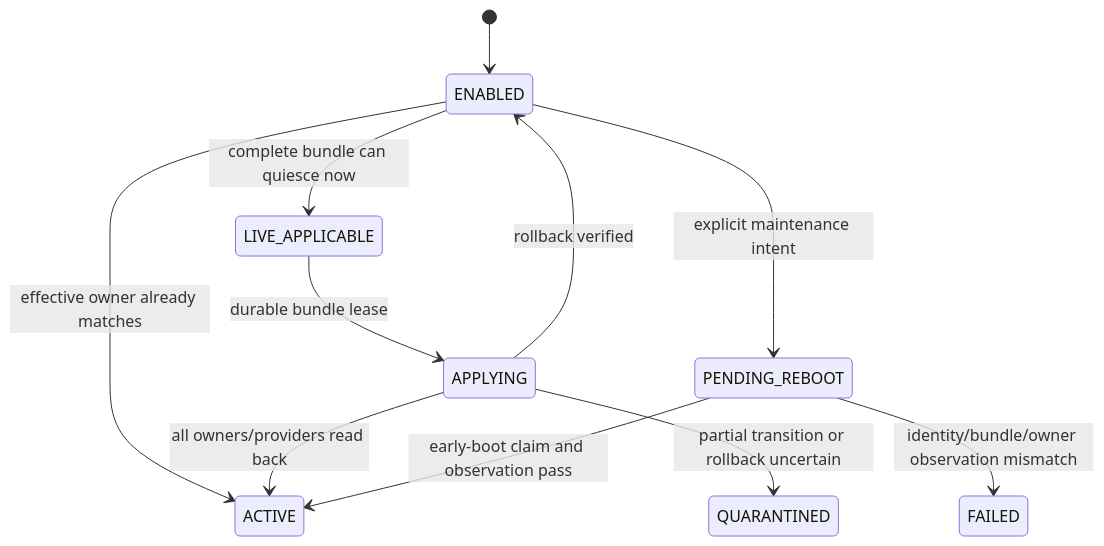
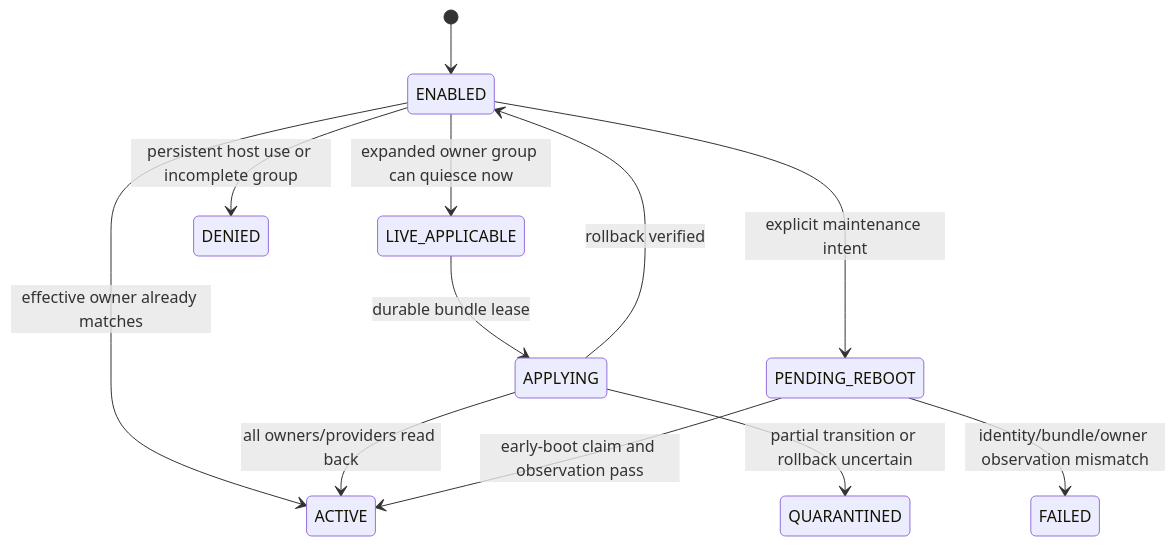
The seventh of 10 diagrams in qman-directpath-implementation-blueprint.md (JoJoJoinme/pci-mmio-notes), drawn with Mermaid before and after one commit. The commit also changed other lines of this file and 19 other files, not shown here.

````diff
--- a/qman-directpath-implementation-blueprint.md
+++ b/qman-directpath-implementation-blueprint.md
@@ -779,13 +828,14 @@
 ```mermaid
 stateDiagram-v2
     [*] --> ENABLED
     ENABLED --> ACTIVE: effective owner already matches
-    ENABLED --> LIVE_APPLICABLE: complete bundle can quiesce now
+    ENABLED --> LIVE_APPLICABLE: expanded owner group can quiesce now
     ENABLED --> PENDING_REBOOT: explicit maintenance intent
+    ENABLED --> DENIED: persistent host use or incomplete group
     LIVE_APPLICABLE --> APPLYING: durable bundle lease
     APPLYING --> ACTIVE: all owners/providers read back
     APPLYING --> ENABLED: rollback verified
     APPLYING --> QUARANTINED: partial transition or rollback uncertain
     PENDING_REBOOT --> ACTIVE: early-boot claim and observation pass
     PENDING_REBOOT --> FAILED: identity/bundle/owner observation mismatch
 ```
````
